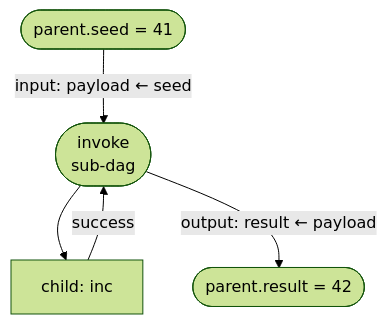
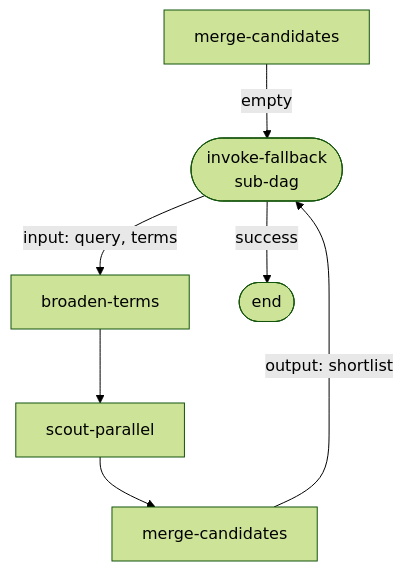
The diagram in docs/examples/03-subflows.md (Studnicky/Dagonizer), drawn with Mermaid (forest theme) before and after one commit. The commit also changed other lines of this file and 113 other files, not shown here.

````diff
--- a/docs/examples/03-subflows.md
+++ b/docs/examples/03-subflows.md
@@ -7,11 +12,15 @@
 ```mermaid
 flowchart TB
-  start([parent.seed = 41])
-  invoke([invoke\nsub-dag])
-  inc[child: inc]
-  END([parent.result = 42])
-  start -->|input: payload ← seed| invoke
-  invoke --> inc
-  inc -->|success| invoke
-  invoke -->|output: result ← payload| END
+  merge[merge-candidates]
+  fallback([invoke-fallback\nsub-dag])
+  broaden[broaden-terms]
+  rescout[scout-parallel]
+  remerge[merge-candidates]
+  END([end])
+  merge -->|empty| fallback
+  fallback -->|input: query, terms| broaden
+  broaden --> rescout
+  rescout --> remerge
+  remerge -->|output: shortlist| fallback
+  fallback -->|success| END
 ```
````
